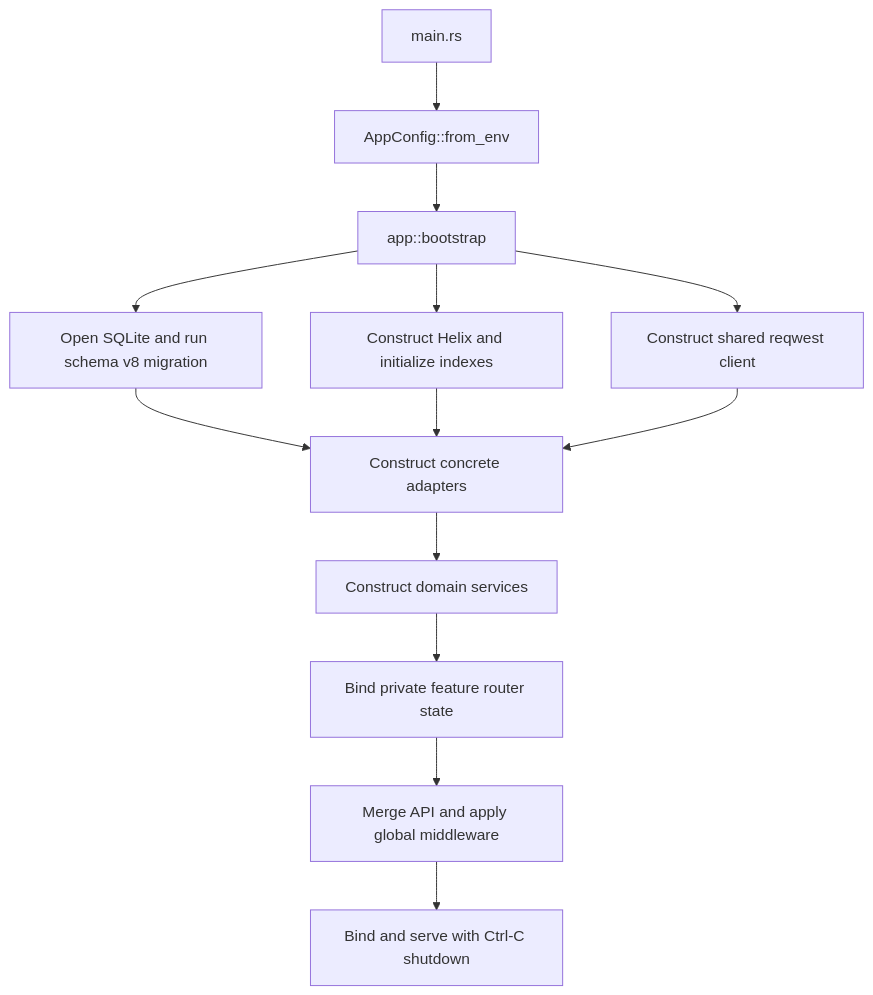
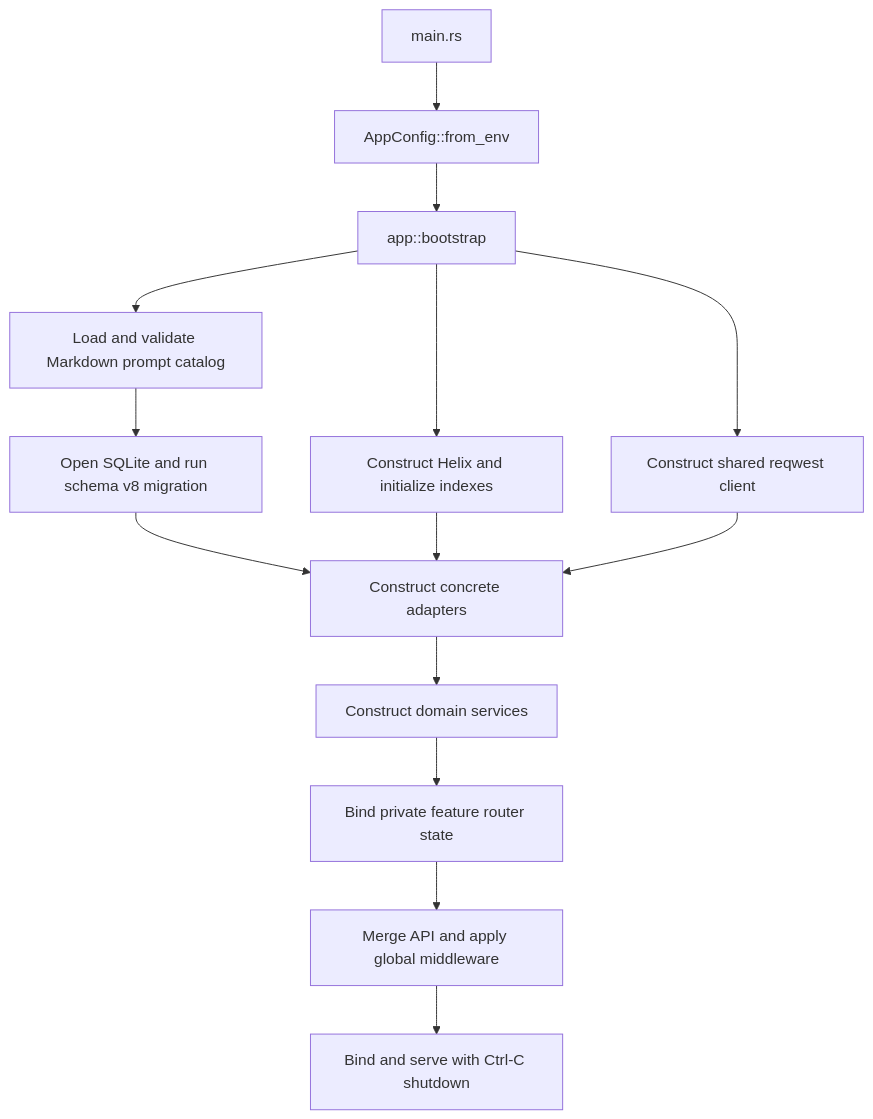
The second of 3 diagrams in docs/ARCHITECTURE.md (ratik-gambhir-WM/Quarry), drawn with Mermaid before and after one commit. The commit also changed other lines of this file and 54 other files, not shown here.

````diff
--- a/docs/ARCHITECTURE.md
+++ b/docs/ARCHITECTURE.md
@@ -815,15 +821,16 @@
 ```mermaid
 flowchart TD
     Main[main.rs] --> Config[AppConfig::from_env]
     Config --> Bootstrap[app::bootstrap]
-    Bootstrap --> Sqlite[Open SQLite and run schema v8 migration]
+    Bootstrap --> Prompts[Load and validate Markdown prompt catalog]
+    Prompts --> Sqlite[Open SQLite and run schema v8 migration]
     Bootstrap --> Helix[Construct Helix and initialize indexes]
     Bootstrap --> Http[Construct shared reqwest client]
     Sqlite --> Adapters[Construct concrete adapters]
     Helix --> Adapters
     Http --> Adapters
     Adapters --> Domains[Construct domain services]
     Domains --> FeatureRouters[Bind private feature router state]
     FeatureRouters --> Router[Merge API and apply global middleware]
     Router --> Serve[Bind and serve with Ctrl-C shutdown]
 ```
````
